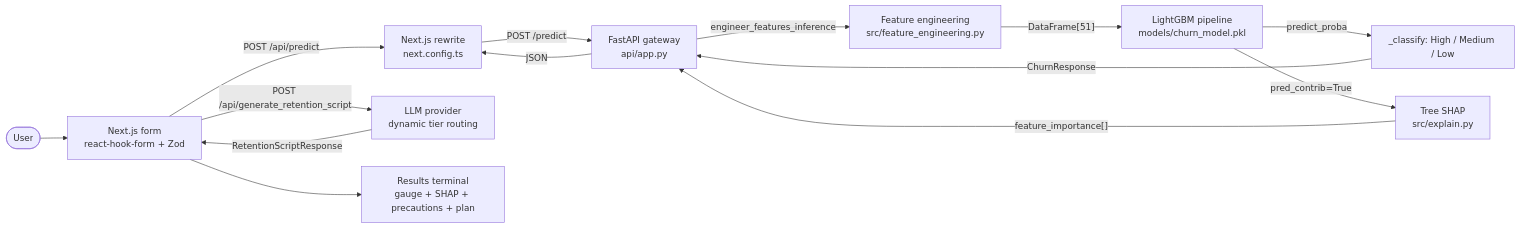
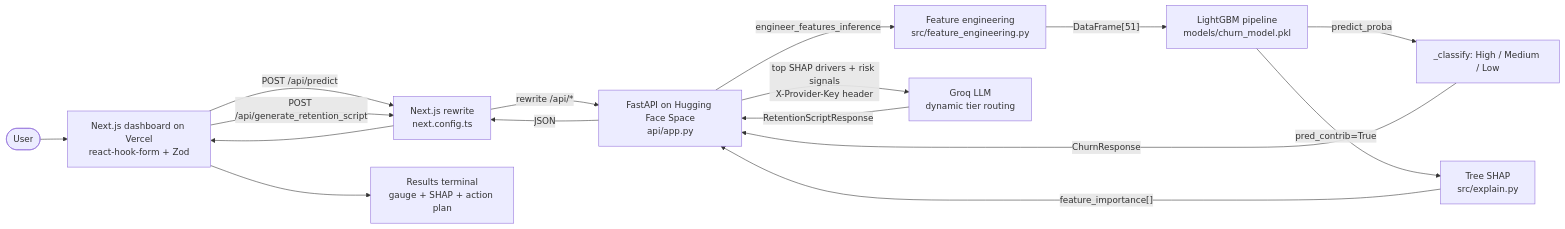
One commit to bsteja33/Customer-churn-engine changed the diagram in README.md. Above: the diagram before and after it, drawn with Mermaid. The commit also changed other lines of this file and 11 other files, not shown here.

````diff
--- a/README.md
+++ b/README.md
@@ -36,16 +51,18 @@
 ```mermaid
 flowchart LR
-  User([User]) --> Form[Next.js form<br/>react-hook-form + Zod]
+  User([User]) --> Form[Next.js dashboard on Vercel<br/>react-hook-form + Zod]
   Form -- "POST /api/predict" --> Next[Next.js rewrite<br/>next.config.ts]
-  Next -- "POST /predict" --> API[FastAPI gateway<br/>api/app.py]
+  Form -- "POST /api/generate_retention_script" --> Next
+  Next -- "rewrite /api/*" --> API[FastAPI on Hugging Face Space<br/>api/app.py]
   API -- "engineer_features_inference" --> FE[Feature engineering<br/>src/feature_engineering.py]
   FE -- "DataFrame[51]" --> LGBM[LightGBM pipeline<br/>models/churn_model.pkl]
   LGBM -- "predict_proba" --> Class[_classify: High / Medium / Low]
   LGBM -- "pred_contrib=True" --> SHAP[Tree SHAP<br/>src/explain.py]
   Class -- "ChurnResponse" --> API
   SHAP -- "feature_importance[]" --> API
+  API -- "top SHAP drivers + risk signals<br/>X-Provider-Key header" --> LLM[Groq LLM<br/>dynamic tier routing]
+  LLM -- "RetentionScriptResponse" --> API
   API -- "JSON" --> Next
-  Form -- "POST /api/generate_retention_script" --> LLM[LLM provider<br/>dynamic tier routing]
-  LLM -- "RetentionScriptResponse" --> Form
-  Form --> Results[Results terminal<br/>gauge + SHAP + precautions + plan]
+  Next --> Form
+  Form --> Results[Results terminal<br/>gauge + SHAP + action plan]
 ```
````
